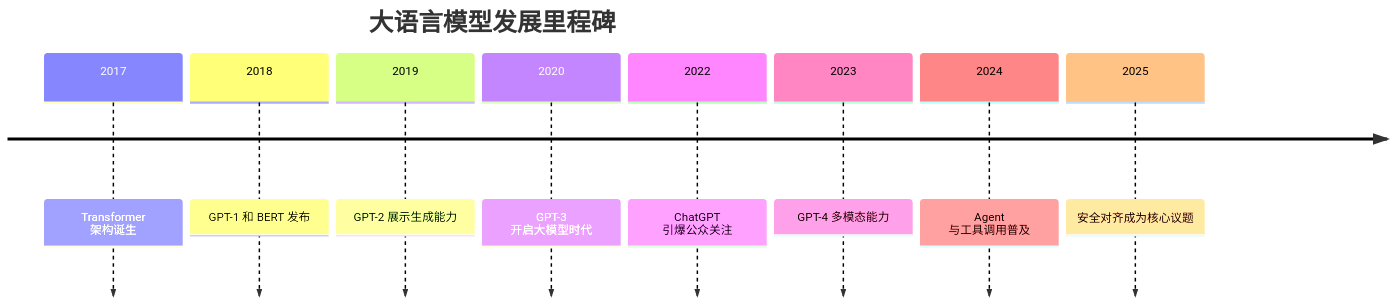
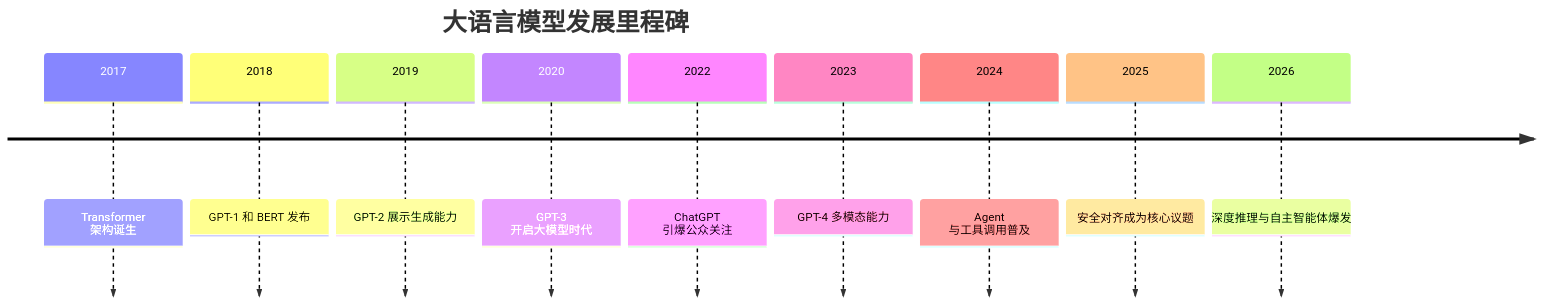
The diagram in 01_intro/1.1_llm_overview.md (yeasy/ai_security_guide), drawn with Mermaid before and after one commit. The commit also changed other lines of this file and 13 other files, not shown here.

````diff
--- a/01_intro/1.1_llm_overview.md
+++ b/01_intro/1.1_llm_overview.md
@@ -23,12 +23,13 @@
 ```mermaid
 timeline
     title 大语言模型发展里程碑
     2017 : Transformer 架构诞生
     2018 : GPT-1 和 BERT 发布
     2019 : GPT-2 展示生成能力
     2020 : GPT-3 开启大模型时代
     2022 : ChatGPT 引爆公众关注
     2023 : GPT-4 多模态能力
     2024 : Agent 与工具调用普及
     2025 : 安全对齐成为核心议题
+    2026 : 深度推理与自主智能体爆发
 ```
````
